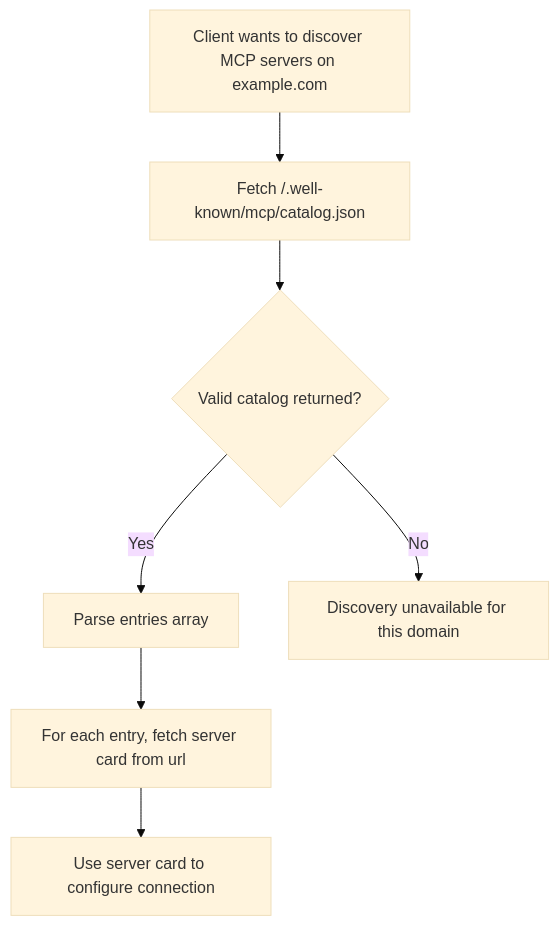
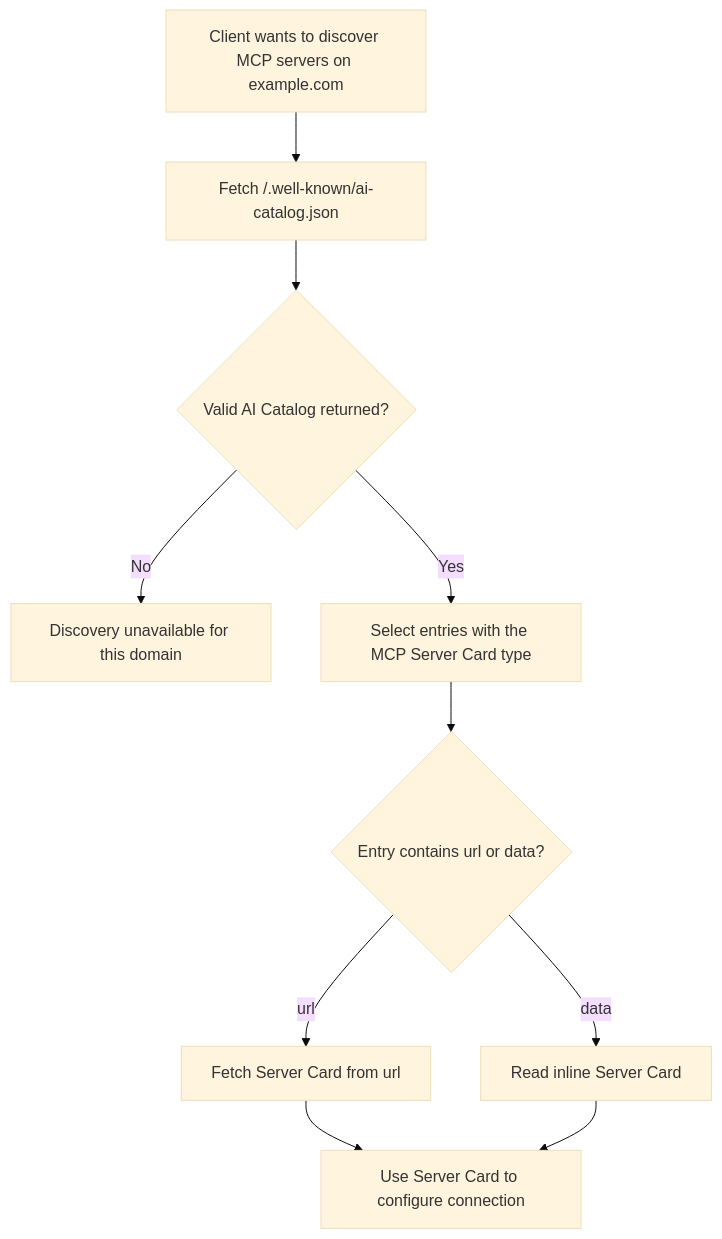
The diagram in docs/discovery.md (modelcontextprotocol/experimental-ext-server-card), drawn with Mermaid (base theme) before and after one commit. The commit also changed other lines of this file and 1 other file, not shown here.

Commit message:
Use AI Catalog for Server Card discovery (#42)

````diff
--- a/docs/discovery.md
+++ b/docs/discovery.md
@@ -141,9 +106,12 @@
 ```mermaid
 flowchart TD
-    A[Client wants to discover MCP servers on example.com] --> B[Fetch /.well-known/mcp/catalog.json]
-    B --> C{Valid catalog returned?}
-    C -->|Yes| D[Parse entries array]
-    C -->|No| E[Discovery unavailable for this domain]
-    D --> F[For each entry, fetch server card from url]
-    F --> G[Use server card to configure connection]
+    A[Client wants to discover MCP servers on example.com] --> B[Fetch /.well-known/ai-catalog.json]
+    B --> C{Valid AI Catalog returned?}
+    C -->|No| D[Discovery unavailable for this domain]
+    C -->|Yes| E[Select entries with the MCP Server Card type]
+    E --> F{Entry contains url or data?}
+    F -->|url| G[Fetch Server Card from url]
+    F -->|data| H[Read inline Server Card]
+    G --> I[Use Server Card to configure connection]
+    H --> I
 ```
````
